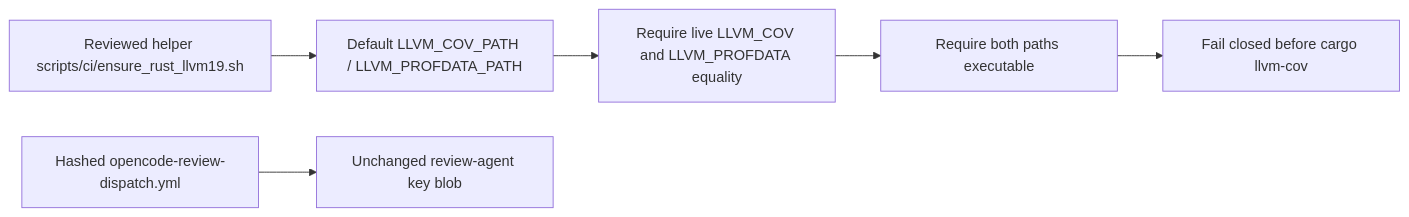
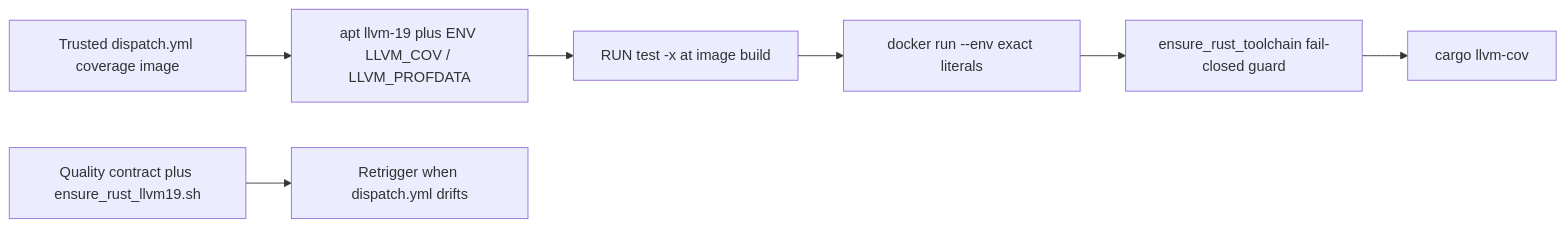
Before and after one commit to ContextualWisdomLab/.github: the diagram in docs/doctoring/opencode-rust-coverage-runtime-boundary.md, drawn with Mermaid. The commit also changed other lines of this file and 9 other files, not shown here.

First line of the commit message:
fix(coverage): restore trusted LLVM 19 producer pin

````diff
--- a/docs/doctoring/opencode-rust-coverage-runtime-boundary.md
+++ b/docs/doctoring/opencode-rust-coverage-runtime-boundary.md
@@ -40,8 +55,9 @@
 ```mermaid
 flowchart LR
-  A["Reviewed helper scripts/ci/ensure_rust_llvm19.sh"] --> B["Default LLVM_COV_PATH / LLVM_PROFDATA_PATH"]
-  B --> C["Require live LLVM_COV and LLVM_PROFDATA equality"]
-  C --> D["Require both paths executable"]
-  D --> E["Fail closed before cargo llvm-cov"]
-  F["Hashed opencode-review-dispatch.yml"] --> G["Unchanged review-agent key blob"]
+  A["Trusted dispatch.yml coverage image"] --> B["apt llvm-19 plus ENV LLVM_COV / LLVM_PROFDATA"]
+  B --> C["RUN test -x at image build"]
+  C --> D["docker run --env exact literals"]
+  D --> E["ensure_rust_toolchain fail-closed guard"]
+  E --> F["cargo llvm-cov"]
+  G["Quality contract plus ensure_rust_llvm19.sh"] --> H["Retrigger when dispatch.yml drifts"]
 ```
````
